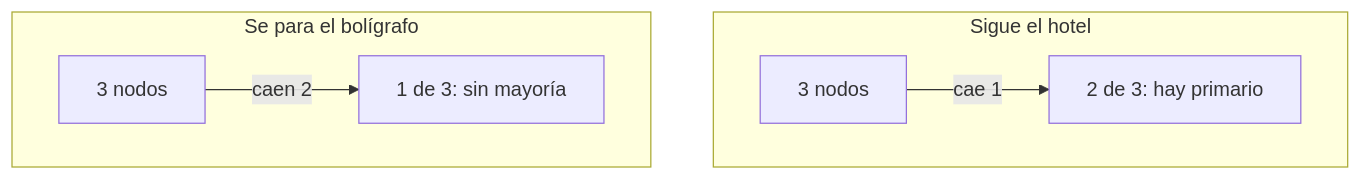
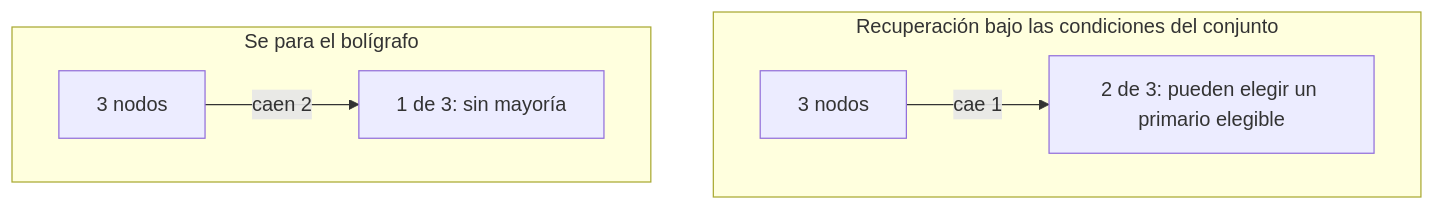
The second of 3 diagrams in docs/ut2/replicas-shards.md (iesataulfoargentasor/bda_2026_2027), drawn with Mermaid before and after one commit. The commit also changed other lines of this file and 4 other files, not shown here.

````diff
--- a/docs/ut2/replicas-shards.md
+++ b/docs/ut2/replicas-shards.md
@@ -88,9 +99,9 @@
 ```mermaid
 flowchart TB
-  subgraph ok [Sigue el hotel]
-    A[3 nodos] -->|cae 1| B[2 de 3: hay primario]
+  subgraph ok [Recuperación bajo las condiciones del conjunto]
+    A[3 nodos] -->|cae 1| B[2 de 3: pueden elegir un primario elegible]
   end
   subgraph stop [Se para el bolígrafo]
     C[3 nodos] -->|caen 2| D[1 de 3: sin mayoría]
   end
 ```
````
